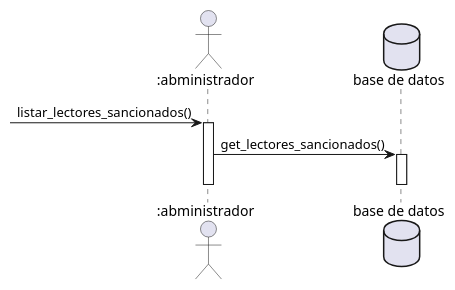
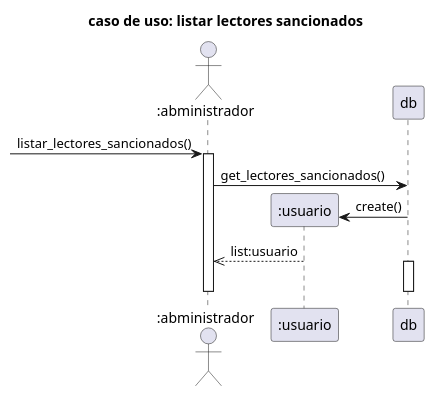
Before and after one commit to RubenE107/diagramas-de-dise-o-uml: the diagram in Interacion3/listarlecSancionados.puml, drawn with PlantUML. The commit also changed 1 other file, not shown here.

Commit message:
listar sanciones

```diff
--- a/Interacion3/listarlecSancionados.puml
+++ b/Interacion3/listarlecSancionados.puml
@@ -1,38 +1,19 @@
 @startuml
+title caso de uso: listar lectores sancionados
+actor ":abministrador" as a
+ 
 
-actor ":abministrador" as u
-database "base de datos" as db  
+-> a: listar_lectores_sancionados()
+activate a
+a->db:get_lectores_sancionados()
+  create ":usuario" as u
+  db->u: create()
+a<<--u:list:usuario
+database "base de datos" as db 
 
--> u: listar_lectores_sancionados()
-activate u
-u->db:get_lectores_sancionados()
 activate db
 deactivate db
 
-
-deactivate u
-
-
-' u -> s:iniciarSesion(correo,contraseña)
-' activate s
-' u -> s:el usuario presiona boton de ver lectores sancionados
-' u -> s:LisarLectoresSacionados()
-' activate s
-' s -> db:select * from lectores where sancionado = true
-' activate db
-' deactivate db
-' group hay lectores sancionados
-' s -> s:retornar lista de lectores sancionados
-' note right of u
-'  se muestra en la interfaz grafica e puede
-' desplazarse usando el scroll del mouse
-
-' end note
-' else no hay lectores sancionados
-' s -> s:retornar mensaje de que no hay lectores sancionados
-' s->s: cerrar mensaje despues de 5 segundos
-' end
-' deactivate s
-
+deactivate a
 
 @enduml
```
